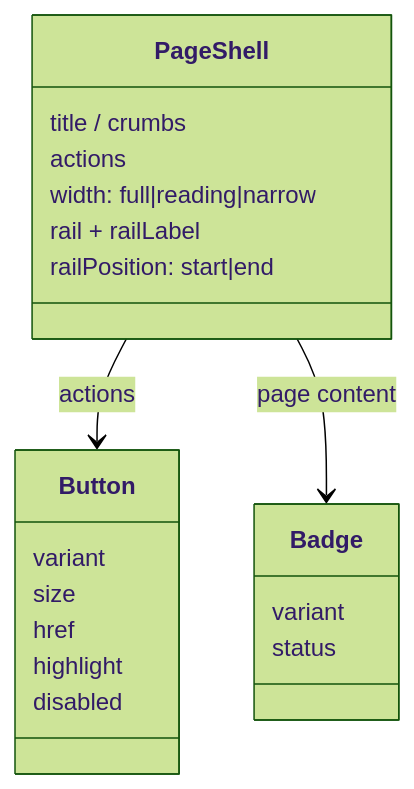
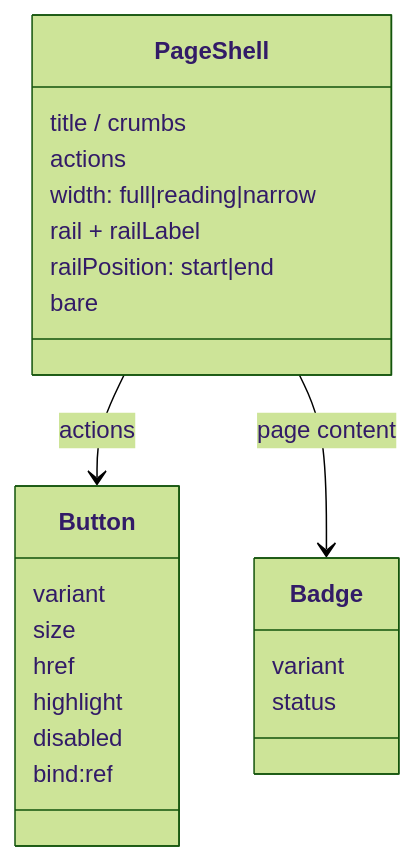
Before and after one commit to gitBoon/DumpFire: the second of 3 diagrams in docs/ui-kit.md, drawn with Mermaid (forest theme). The commit also changed other lines of this file and 40 other files, not shown here.

````diff
--- a/docs/ui-kit.md
+++ b/docs/ui-kit.md
@@ -78,23 +81,25 @@
 ```mermaid
 classDiagram
     class PageShell {
       title / crumbs
       actions
       width: full|reading|narrow
       rail + railLabel
       railPosition: start|end
+      bare
     }
     class Button {
       variant
       size
       href
       highlight
       disabled
+      bind:ref
     }
     class Badge {
       variant
       status
     }
     PageShell --> Button : actions
     PageShell --> Badge : page content
 ```
````
